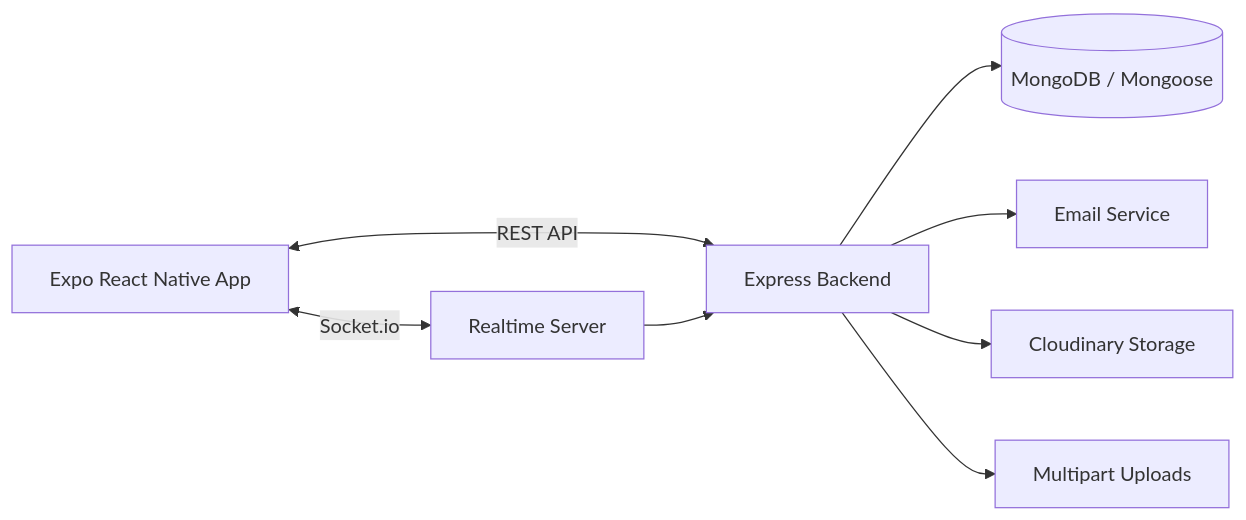
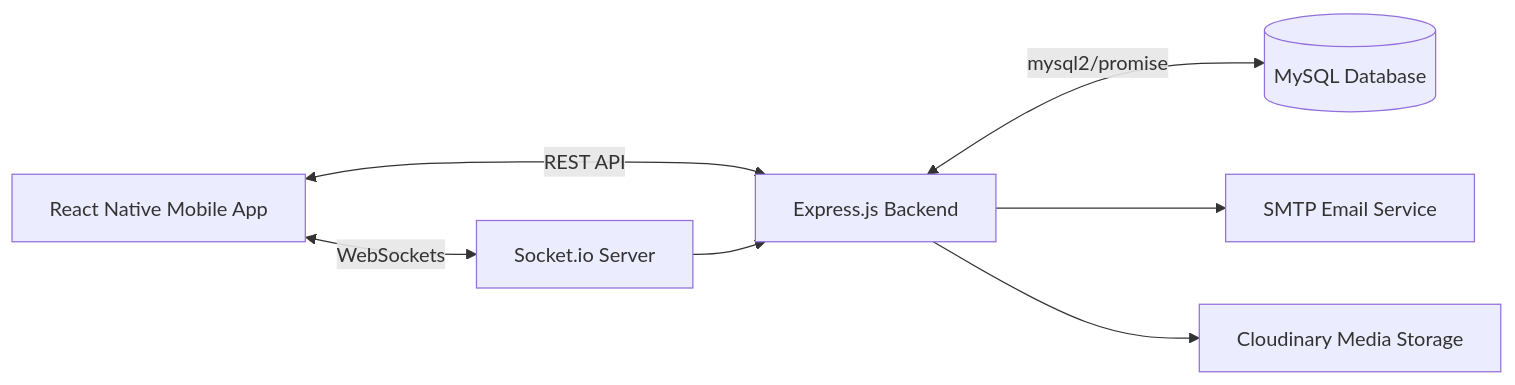
Before and after one commit to GIRICHANDAN125/RedDrop: the first of 4 diagrams in docs/ARCHITECTURE.md, drawn with Mermaid. The commit also changed other lines of this file and 6 other files, not shown here.

Commit message:
Complete Mongoose to MySQL backend migration

````diff
--- a/docs/ARCHITECTURE.md
+++ b/docs/ARCHITECTURE.md
@@ -5,10 +11,9 @@
 ```mermaid
 flowchart LR
-  Mobile[Expo React Native App] <-->|REST API| API[Express Backend]
-  Mobile <-->|Socket.io| Realtime[Realtime Server]
-  API --> DB[(MongoDB / Mongoose)]
-  API --> Email[Email Service]
-  API --> Cloudinary[Cloudinary Storage]
-  API --> Uploads[Multipart Uploads]
+  Mobile[React Native Mobile App] <-->|REST API| API[Express.js Backend]
+  Mobile <-->|WebSockets| Realtime[Socket.io Server]
+  API <-->|mysql2/promise| DB[(MySQL Database)]
+  API --> Email[SMTP Email Service]
+  API --> Cloudinary[Cloudinary Media Storage]
   Realtime --> API
 ```
````
